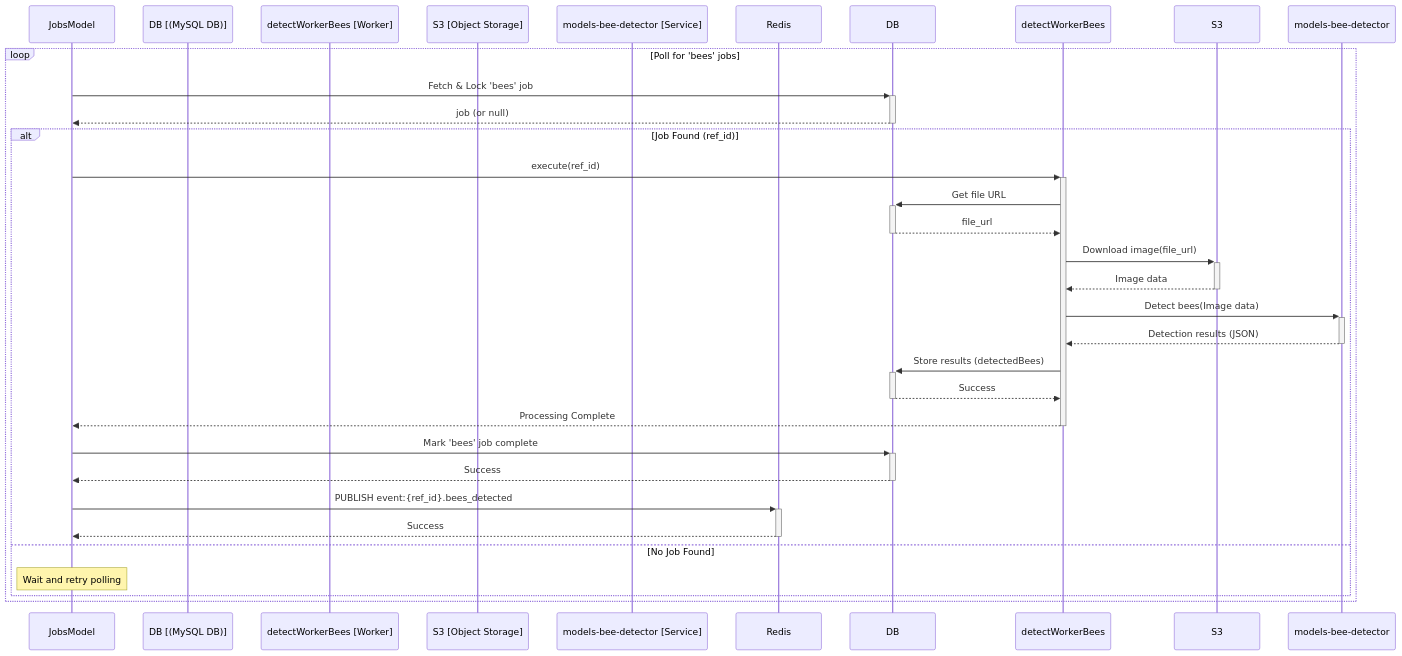
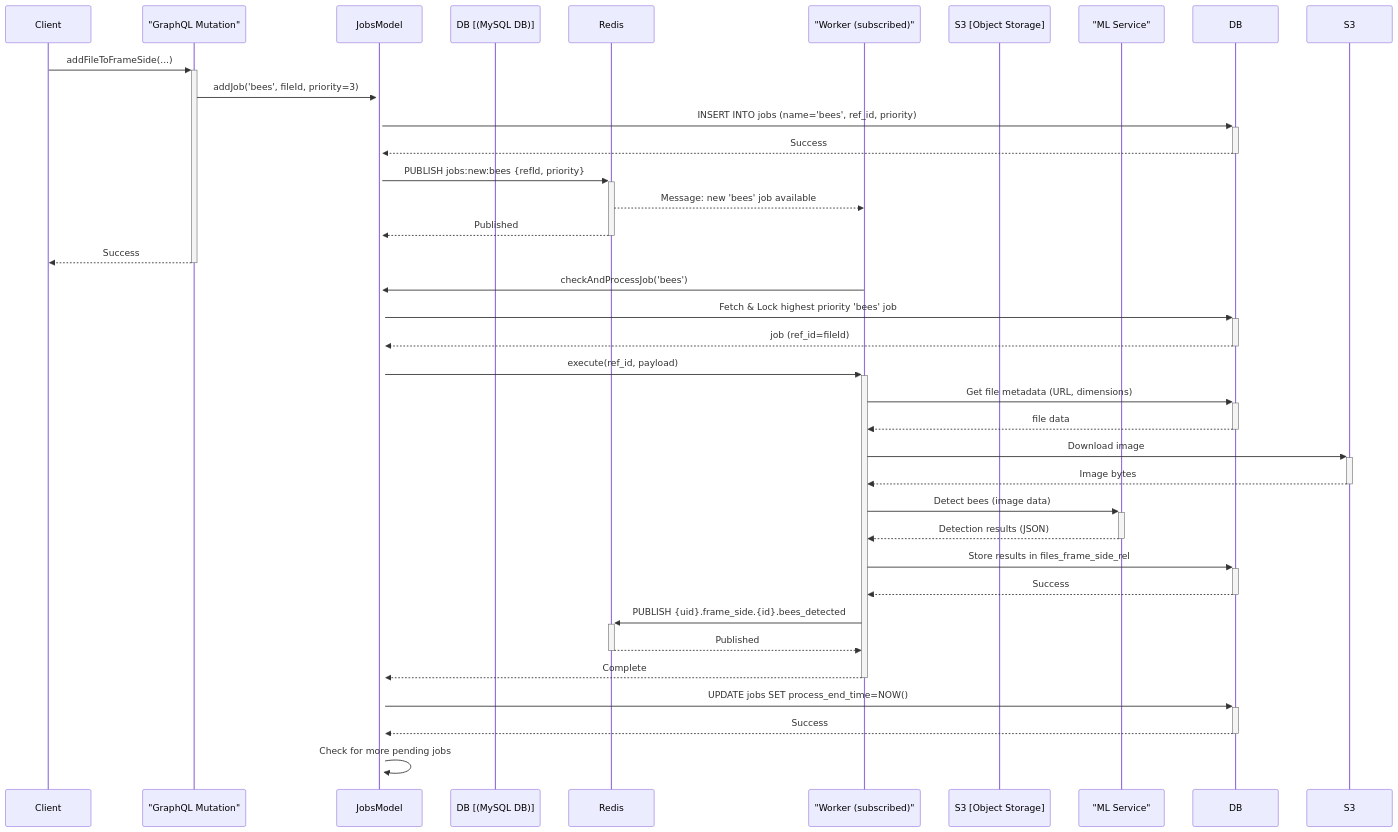
One commit to Gratheon/image-splitter changed the fourth of 5 diagrams in README.md. Above: the diagram before and after it, drawn with Mermaid. The commit also changed other lines of this file, not shown here.

````diff
--- a/README.md
+++ b/README.md
@@ -274,32 +362,39 @@
 ```mermaid
 sequenceDiagram
+    participant Client
+    participant GraphQL as "GraphQL Mutation"
     participant JobsModel
     participant DB [(MySQL DB)]
-    participant detectWorkerBees [Worker]
+    participant Redis
+    participant Worker as "Worker (subscribed)"
     participant S3 [Object Storage]
-    participant models-bee-detector [Service]
-    participant Redis
+    participant MLService as "ML Service"
 
-    loop Poll for 'bees' jobs
-        JobsModel->>+DB: Fetch & Lock 'bees' job
-        DB-->>-JobsModel: job (or null)
-        alt Job Found (ref_id)
-            JobsModel->>+detectWorkerBees: execute(ref_id)
-            detectWorkerBees->>+DB: Get file URL
-            DB-->>-detectWorkerBees: file_url
-            detectWorkerBees->>+S3: Download image(file_url)
-            S3-->>-detectWorkerBees: Image data
-            detectWorkerBees->>+models-bee-detector: Detect bees(Image data)
-            models-bee-detector-->>-detectWorkerBees: Detection results (JSON)
-            detectWorkerBees->>+DB: Store results (detectedBees)
-            DB-->>-detectWorkerBees: Success
-            detectWorkerBees-->>-JobsModel: Processing Complete
-            JobsModel->>+DB: Mark 'bees' job complete
-            DB-->>-JobsModel: Success
-            JobsModel->>+Redis: PUBLISH event:{ref_id}.bees_detected
-            Redis-->>-JobsModel: Success
-        else No Job Found
-            Note over JobsModel: Wait and retry polling
-        end
-    end
+    Client->>+GraphQL: addFileToFrameSide(...)
+    GraphQL->>+JobsModel: addJob('bees', fileId, priority=3)
+    JobsModel->>+DB: INSERT INTO jobs (name='bees', ref_id, priority)
+    DB-->>-JobsModel: Success
+    JobsModel->>+Redis: PUBLISH jobs:new:bees {refId, priority}
+    Redis-->>Worker: Message: new 'bees' job available
+    Redis-->>-JobsModel: Published
+    GraphQL-->>-Client: Success
+
+    Worker->>+JobsModel: checkAndProcessJob('bees')
+    JobsModel->>+DB: Fetch & Lock highest priority 'bees' job
+    DB-->>-JobsModel: job (ref_id=fileId)
+    JobsModel->>+Worker: execute(ref_id, payload)
+    Worker->>+DB: Get file metadata (URL, dimensions)
+    DB-->>-Worker: file data
+    Worker->>+S3: Download image
+    S3-->>-Worker: Image bytes
+    Worker->>+MLService: Detect bees (image data)
+    MLService-->>-Worker: Detection results (JSON)
+    Worker->>+DB: Store results in files_frame_side_rel
+    DB-->>-Worker: Success
+    Worker->>+Redis: PUBLISH {uid}.frame_side.{id}.bees_detected
+    Redis-->>-Worker: Published
+    Worker-->>-JobsModel: Complete
+    JobsModel->>+DB: UPDATE jobs SET process_end_time=NOW()
+    DB-->>-JobsModel: Success
+    JobsModel->>JobsModel: Check for more pending jobs
 ```
````
